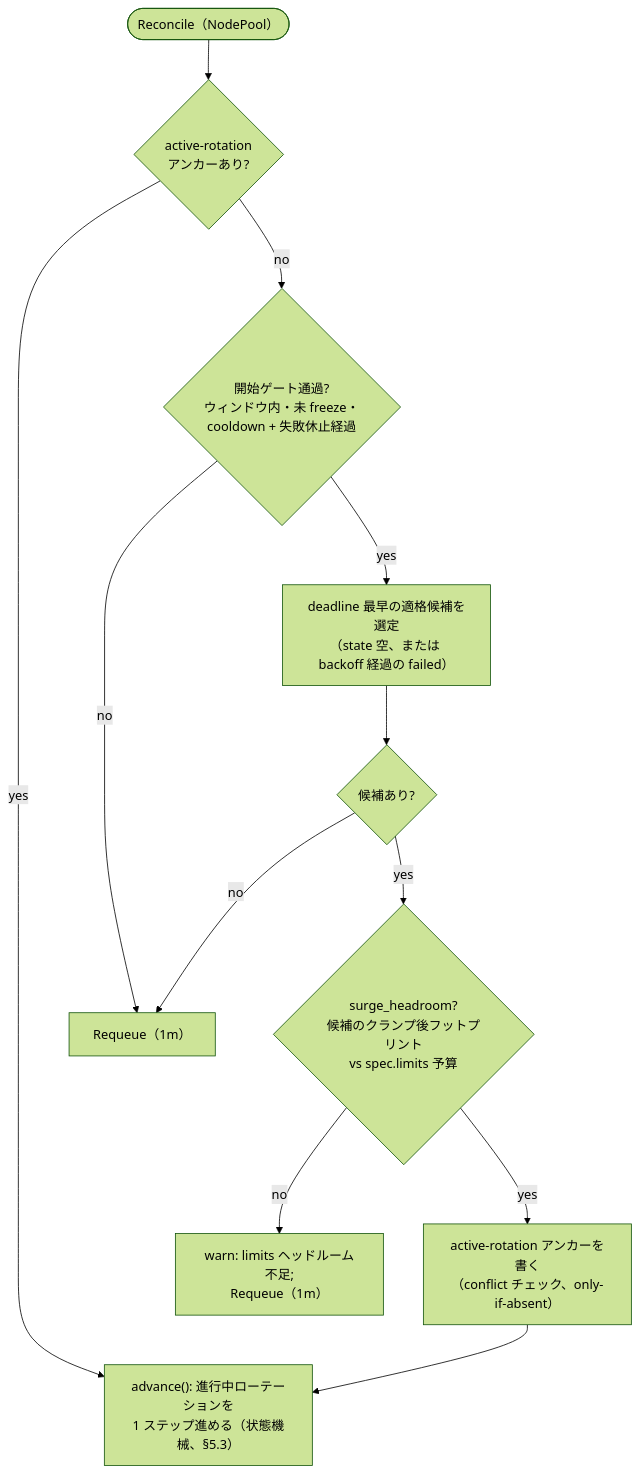
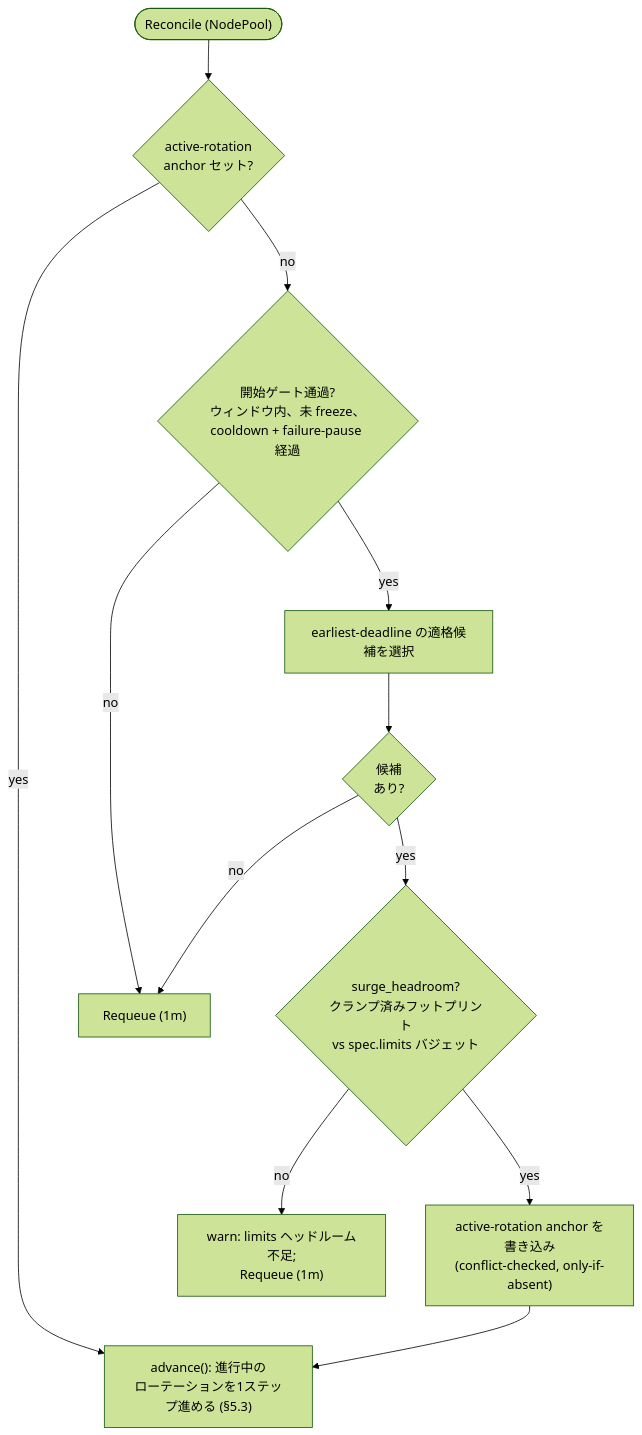
One commit to AkashiSN/node-rotation-controller changed the second of 3 diagrams in docs/ja/specification/05-implementation.md. Above: the diagram before and after it, drawn with Mermaid (forest theme). The commit also changed other lines of this file and 37 other files, not shown here.

````diff
--- a/docs/ja/specification/05-implementation.md
+++ b/docs/ja/specification/05-implementation.md
@@ -40,14 +51,14 @@
 ```mermaid
 flowchart TD
-    entry(["Reconcile（NodePool）"]) --> q1{"active-rotation<br/>アンカーあり?"}
-    q1 -->|yes| adv["advance(): 進行中ローテーションを<br/>1 ステップ進める（状態機械、§5.3）"]
-    q1 -->|no| q2{"開始ゲート通過?<br/>ウィンドウ内・未 freeze・<br/>cooldown + 失敗休止経過"}
-    q2 -->|no| rq["Requeue（1m）"]
-    q2 -->|yes| pick["deadline 最早の適格候補を選定<br/>（state 空、または backoff 経過の failed）"]
-    pick --> q3{"候補あり?"}
+    entry(["Reconcile (NodePool)"]) --> q1{"active-rotation<br/>anchor セット?"}
+    q1 -->|yes| adv["advance(): 進行中の<br/>ローテーションを1ステップ進める (§5.3)"]
+    q1 -->|no| q2{"開始ゲート通過?<br/>ウィンドウ内、未 freeze、<br/>cooldown + failure-pause 経過"}
+    q2 -->|no| rq["Requeue (1m)"]
+    q2 -->|yes| pick["earliest-deadline の適格候補を選択"]
+    pick --> q3{"候補<br/>あり?"}
     q3 -->|no| rq
-    q3 -->|yes| q4{"surge_headroom?<br/>候補のクランプ後フットプリント<br/>vs spec.limits 予算"}
-    q4 -->|no| warn["warn: limits ヘッドルーム不足;<br/>Requeue（1m）"]
-    q4 -->|yes| anchor["active-rotation アンカーを書く<br/>（conflict チェック、only-if-absent）"]
+    q3 -->|yes| q4{"surge_headroom?<br/>クランプ済みフットプリント<br/>vs spec.limits バジェット"}
+    q4 -->|no| warn["warn: limits ヘッドルーム不足;<br/>Requeue (1m)"]
+    q4 -->|yes| anchor["active-rotation anchor を書き込み<br/>(conflict-checked, only-if-absent)"]
     anchor --> adv
 ```
````
